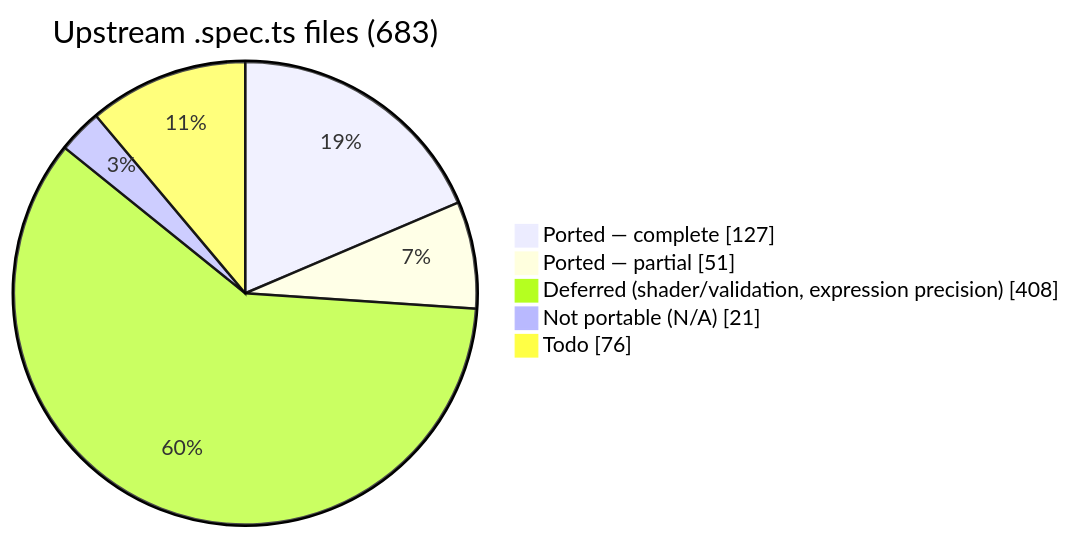
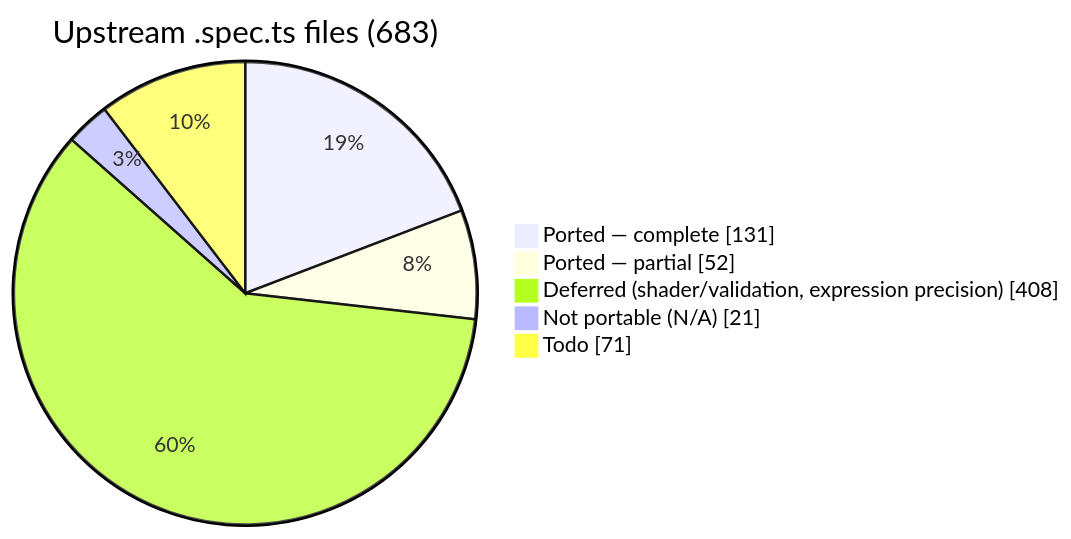
Before and after one commit to infosia/webgpu-native-cts: the first of 2 diagrams in README.md, drawn with Mermaid. The commit also changed other lines of this file and 8 other files, not shown here.

````diff
--- a/README.md
+++ b/README.md
@@ -94,9 +94,9 @@
 ```mermaid
 pie showData
     title Upstream .spec.ts files (683)
-    "Ported — complete" : 127
-    "Ported — partial" : 51
+    "Ported — complete" : 131
+    "Ported — partial" : 52
     "Deferred (shader/validation, expression precision)" : 408
     "Not portable (N/A)" : 21
-    "Todo" : 76
+    "Todo" : 71
 ```
````
